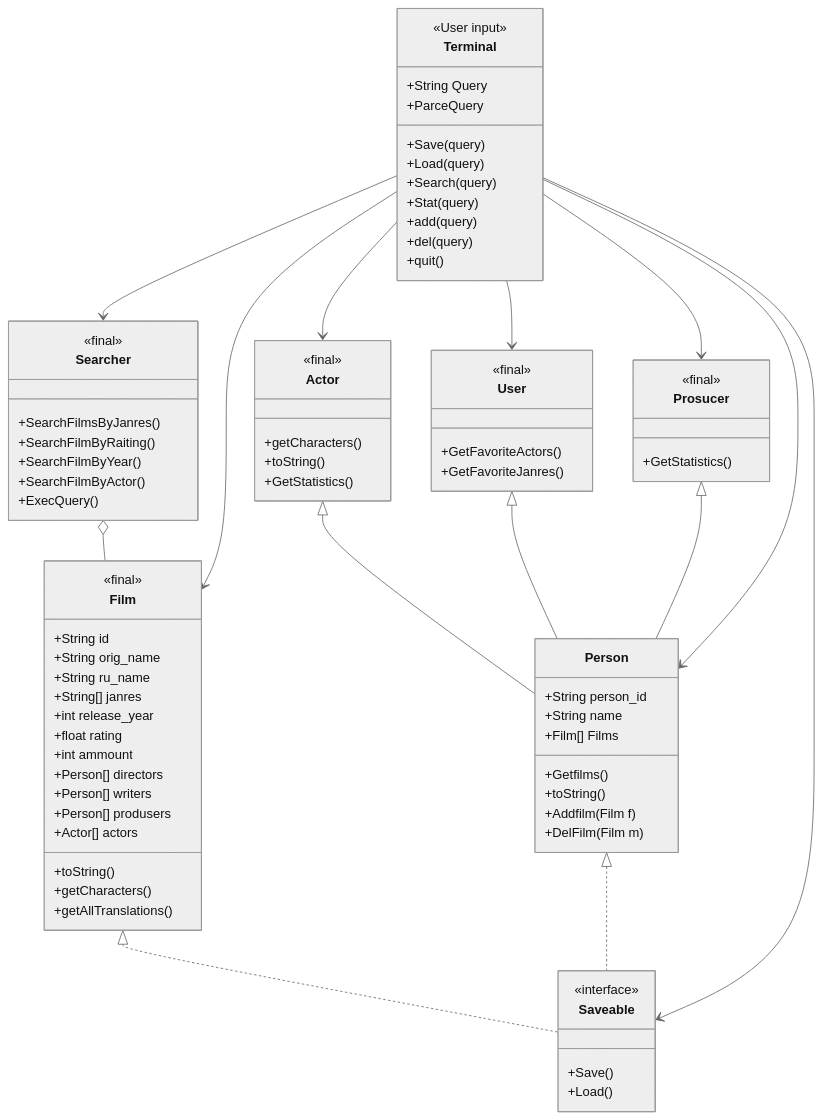
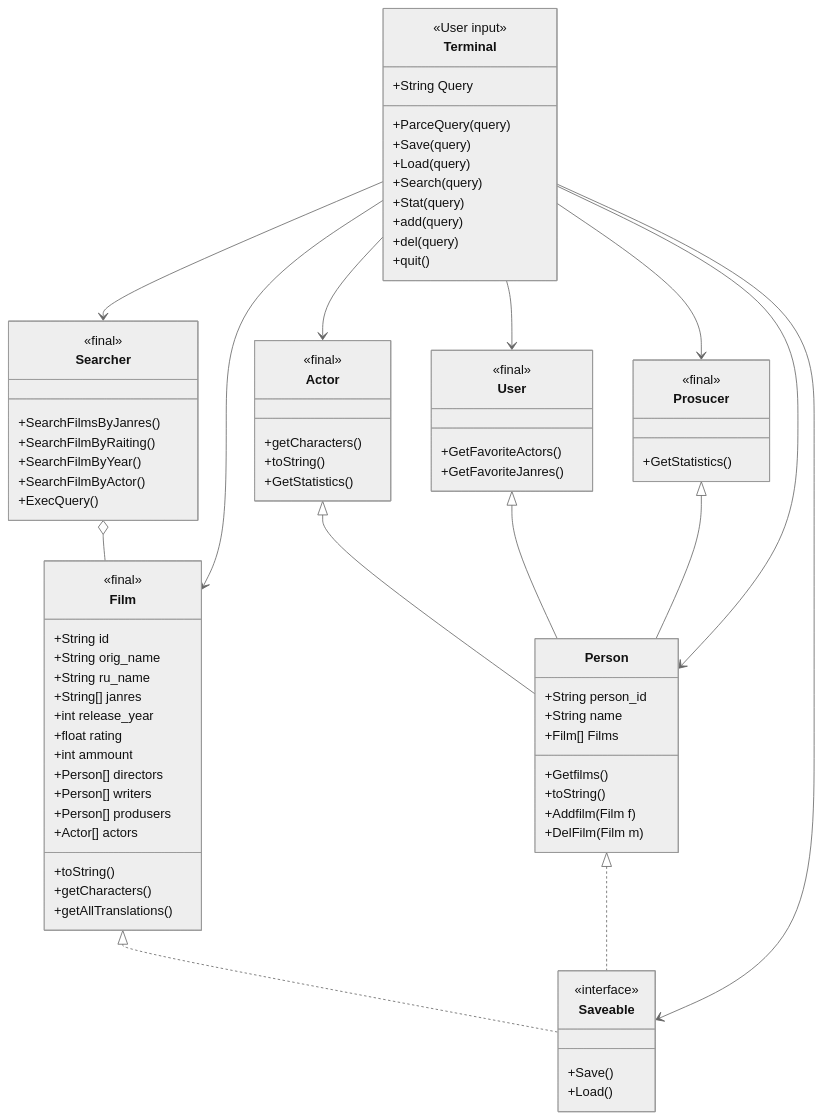
Before and after one commit to mmonastyrskiy/Programming_3_sem: the diagram in Java_OOP/Monastyrskiy/Java_project/docs/structure.md, drawn with Mermaid (neutral theme).

```diff
--- a/Java_OOP/Monastyrskiy/Java_project/docs/structure.md
+++ b/Java_OOP/Monastyrskiy/Java_project/docs/structure.md
@@ -16,7 +16,7 @@
     class Terminal{
     <<User input>>
     +String Query
-    +ParceQuery
+    +ParceQuery(query)
     +Save(query)
     +Load(query)
     +Search(query)
```
